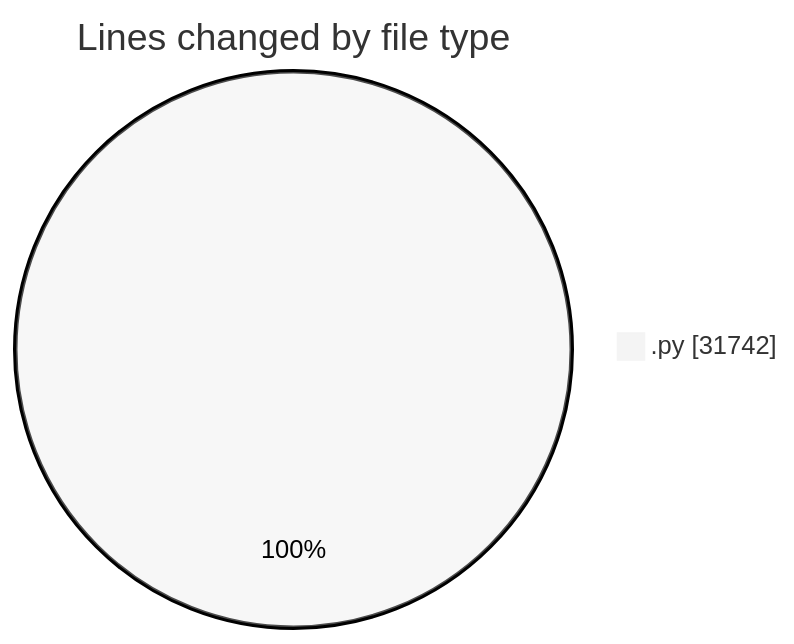
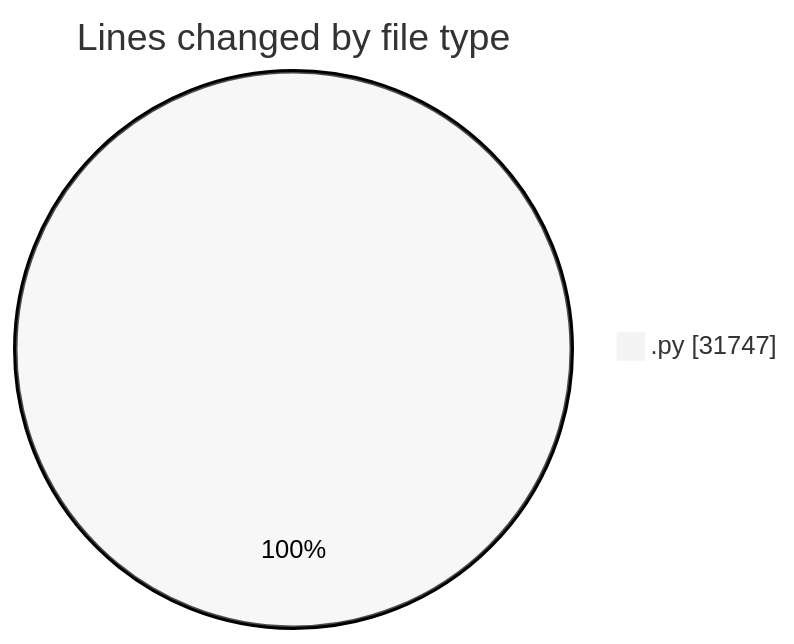
The first of 2 diagrams in 2025-11-14/eventscop-api-guide__workspace_/README.md (julien-gomy/code-tracking), drawn with Mermaid (neutral theme) before and after one commit. The commit also changed other lines of this file and 1 other file, not shown here.

````diff
--- a/2025-11-14/eventscop-api-guide__workspace_/README.md
+++ b/2025-11-14/eventscop-api-guide__workspace_/README.md
@@ -28,5 +28,5 @@
 ```mermaid
 pie showData
 title Lines changed by file type
-".py" : 31742
+".py" : 31747
 ```
````
